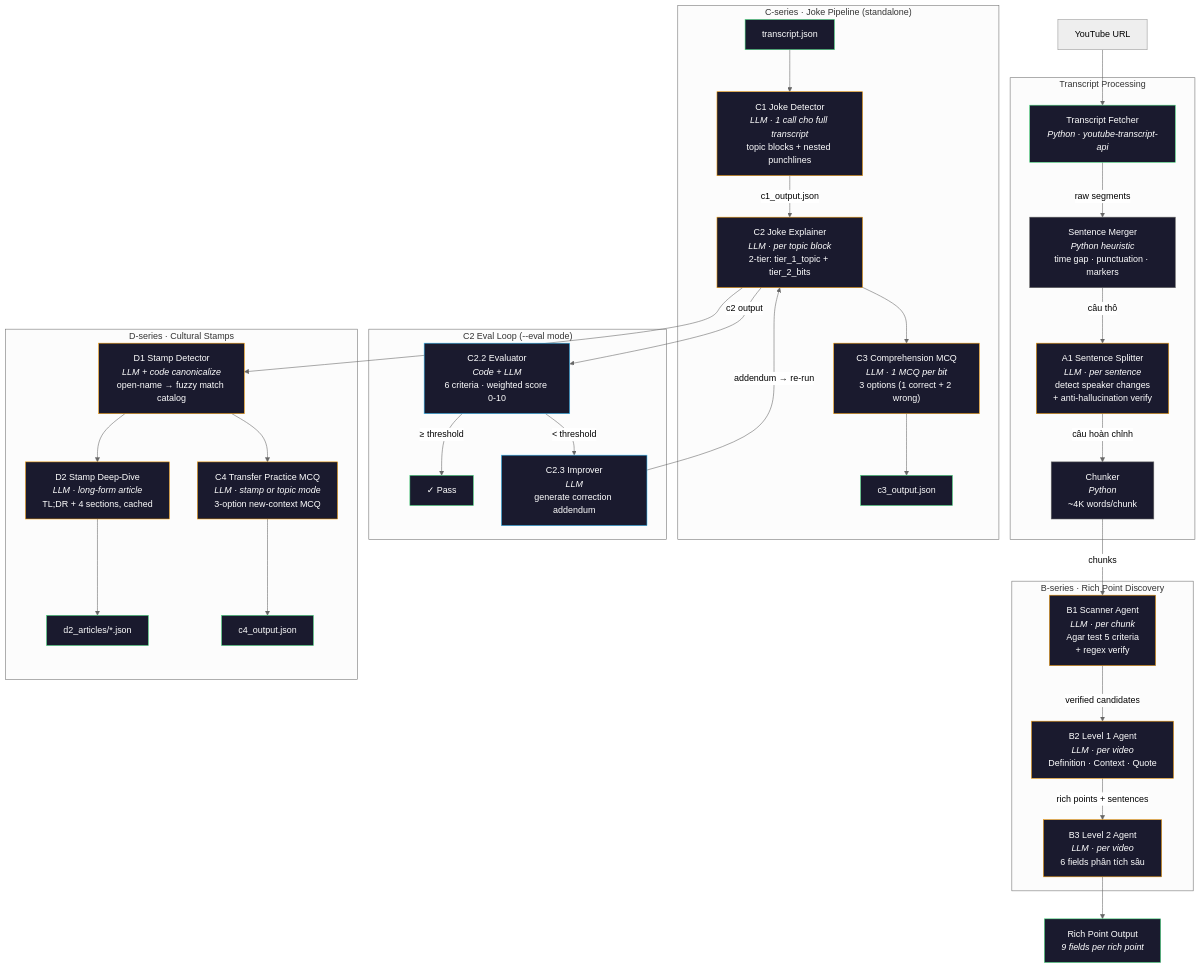
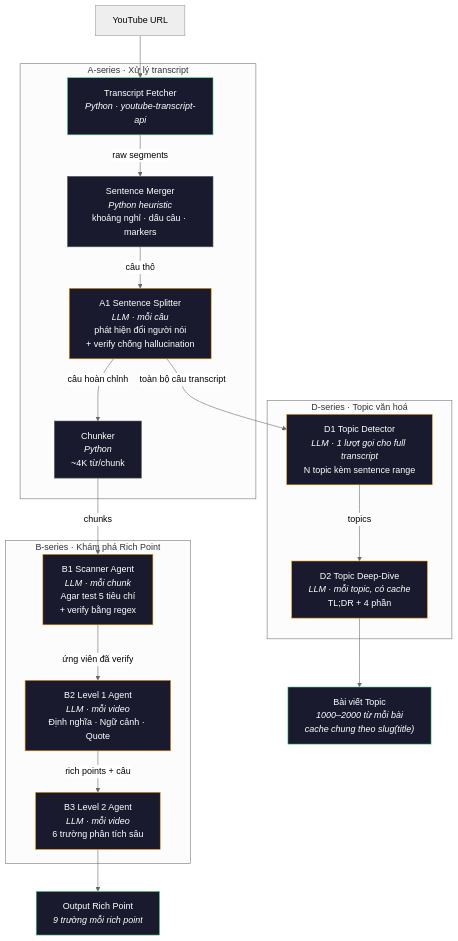
Before and after one commit to vietbach178-vn/ViVii-Agents: the diagram in readme.md, drawn with Mermaid (neutral theme). The commit also changed other lines of this file and 70 other files, not shown here.

First line of the commit message:
Restructure pipeline: drop C-series jokes, replace D-series stamps with cultural topics

````diff
--- a/readme.md
+++ b/readme.md
@@ -9,63 +14,37 @@
 ```mermaid
 flowchart TD
     A["YouTube URL"] --> B
 
-    subgraph Transcript Processing
+    subgraph "A-series · Xử lý transcript"
         B["Transcript Fetcher\n<i>Python · youtube-transcript-api</i>"]
-        B -->|raw segments| C["Sentence Merger\n<i>Python heuristic</i>\ntime gap · punctuation · markers"]
-        C -->|câu thô| D["A1 Sentence Splitter\n<i>LLM · per sentence</i>\ndetect speaker changes\n+ anti-hallucination verify"]
-        D -->|câu hoàn chỉnh| E["Chunker\n<i>Python</i>\n~4K words/chunk"]
+        B -->|raw segments| C["Sentence Merger\n<i>Python heuristic</i>\nkhoảng nghỉ · dấu câu · markers"]
+        C -->|câu thô| D["A1 Sentence Splitter\n<i>LLM · mỗi câu</i>\nphát hiện đổi người nói\n+ verify chống hallucination"]
+        D -->|câu hoàn chỉnh| E["Chunker\n<i>Python</i>\n~4K từ/chunk"]
     end
 
-    subgraph "B-series · Rich Point Discovery"
-        E -->|chunks| F["B1 Scanner Agent\n<i>LLM · per chunk</i>\nAgar test 5 criteria\n+ regex verify"]
-        F -->|verified candidates| G["B2 Level 1 Agent\n<i>LLM · per video</i>\nDefinition · Context · Quote"]
-        G -->|rich points + sentences| H["B3 Level 2 Agent\n<i>LLM · per video</i>\n6 fields phân tích sâu"]
+    subgraph "B-series · Khám phá Rich Point"
+        E -->|chunks| F["B1 Scanner Agent\n<i>LLM · mỗi chunk</i>\nAgar test 5 tiêu chí\n+ verify bằng regex"]
+        F -->|ứng viên đã verify| G["B2 Level 1 Agent\n<i>LLM · mỗi video</i>\nĐịnh nghĩa · Ngữ cảnh · Quote"]
+        G -->|rich points + câu| H["B3 Level 2 Agent\n<i>LLM · mỗi video</i>\n6 trường phân tích sâu"]
     end
 
-    H --> J["Rich Point Output\n<i>9 fields per rich point</i>"]
-
-    subgraph "C-series · Joke Pipeline (standalone)"
-        T["transcript.json"] --> C1["C1 Joke Detector\n<i>LLM · 1 call cho full transcript</i>\ntopic blocks + nested punchlines"]
-        C1 -->|c1_output.json| C2["C2 Joke Explainer\n<i>LLM · per topic block</i>\n2-tier: tier_1_topic + tier_2_bits"]
-        C2 --> C3["C3 Comprehension MCQ\n<i>LLM · 1 MCQ per bit</i>\n3 options (1 correct + 2 wrong)"]
-        C3 --> C4A["c3_output.json"]
+    subgraph "D-series · Topic văn hoá"
+        D -->|toàn bộ câu transcript| D1["D1 Topic Detector\n<i>LLM · 1 lượt gọi cho full transcript</i>\nN topic kèm sentence range"]
+        D1 -->|topics| D2["D2 Topic Deep-Dive\n<i>LLM · mỗi topic, có cache</i>\nTL;DR + 4 phần"]
     end
 
-    subgraph "C2 Eval Loop (--eval mode)"
-        C2 -->|c2 output| C22["C2.2 Evaluator\n<i>Code + LLM</i>\n6 criteria · weighted score 0-10"]
-        C22 -->|"≥ threshold"| PASS["✓ Pass"]
-        C22 -->|"< threshold"| C23["C2.3 Improver\n<i>LLM</i>\ngenerate correction addendum"]
-        C23 -->|"addendum → re-run"| C2
-    end
-
-    subgraph "D-series · Cultural Stamps"
-        C2 --> D1["D1 Stamp Detector\n<i>LLM + code canonicalize</i>\nopen-name → fuzzy match catalog"]
-        D1 --> D2["D2 Stamp Deep-Dive\n<i>LLM · long-form article</i>\nTL;DR + 4 sections, cached"]
-        D1 --> C4["C4 Transfer Practice MCQ\n<i>LLM · stamp or topic mode</i>\n3-option new-context MCQ"]
-        D2 --> D2A["d2_articles/*.json"]
-        C4 --> C4B["c4_output.json"]
-    end
+    H --> RP["Output Rich Point\n<i>9 trường mỗi rich point</i>"]
+    D2 --> TA["Bài viết Topic\n<i>1000–2000 từ mỗi bài\ncache chung theo slug(title)</i>"]
 
     style B fill:#1a1a2e,stroke:#4ade80,color:#fff
     style C fill:#1a1a2e,stroke:#666,color:#fff
     style D fill:#1a1a2e,stroke:#f59e0b,color:#fff
     style E fill:#1a1a2e,stroke:#666,color:#fff
     style F fill:#1a1a2e,stroke:#f59e0b,color:#fff
     style G fill:#1a1a2e,stroke:#f59e0b,color:#fff
     style H fill:#1a1a2e,stroke:#f59e0b,color:#fff
-    style J fill:#1a1a2e,stroke:#4ade80,color:#fff
-    style T fill:#1a1a2e,stroke:#4ade80,color:#fff
-    style C1 fill:#1a1a2e,stroke:#f59e0b,color:#fff
-    style C2 fill:#1a1a2e,stroke:#f59e0b,color:#fff
-    style C22 fill:#1a1a2e,stroke:#38bdf8,color:#fff
-    style C23 fill:#1a1a2e,stroke:#38bdf8,color:#fff
-    style PASS fill:#1a1a2e,stroke:#4ade80,color:#fff
-    style C3 fill:#1a1a2e,stroke:#f59e0b,color:#fff
-    style C4 fill:#1a1a2e,stroke:#f59e0b,color:#fff
-    style C4A fill:#1a1a2e,stroke:#4ade80,color:#fff
-    style C4B fill:#1a1a2e,stroke:#4ade80,color:#fff
     style D1 fill:#1a1a2e,stroke:#f59e0b,color:#fff
     style D2 fill:#1a1a2e,stroke:#f59e0b,color:#fff
-    style D2A fill:#1a1a2e,stroke:#4ade80,color:#fff
+    style RP fill:#1a1a2e,stroke:#4ade80,color:#fff
+    style TA fill:#1a1a2e,stroke:#4ade80,color:#fff
 ```
````
